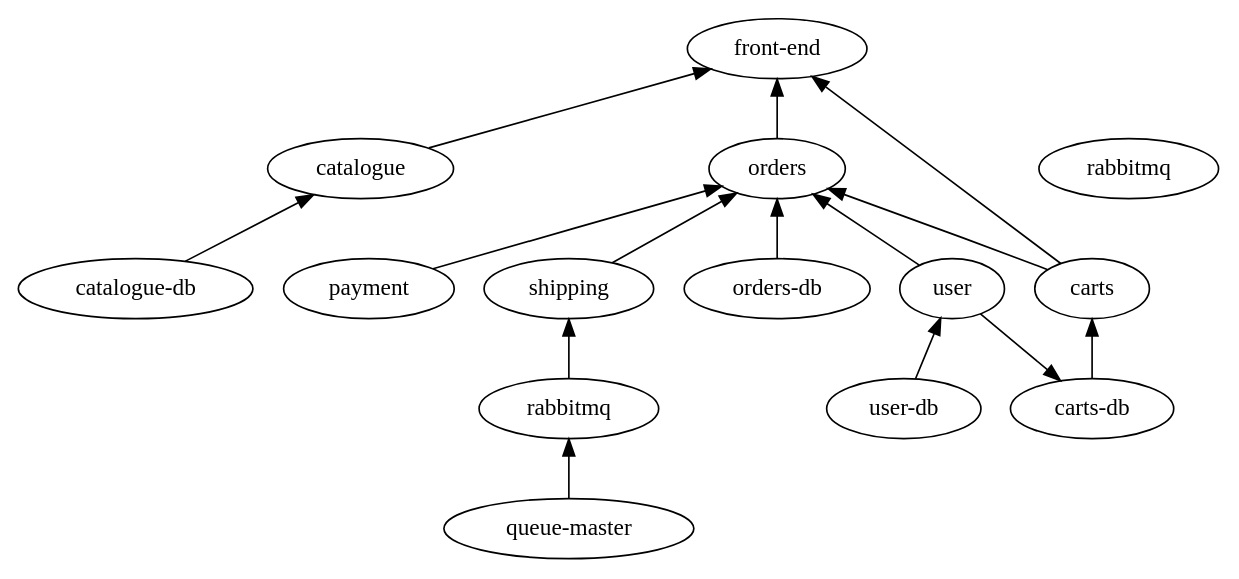
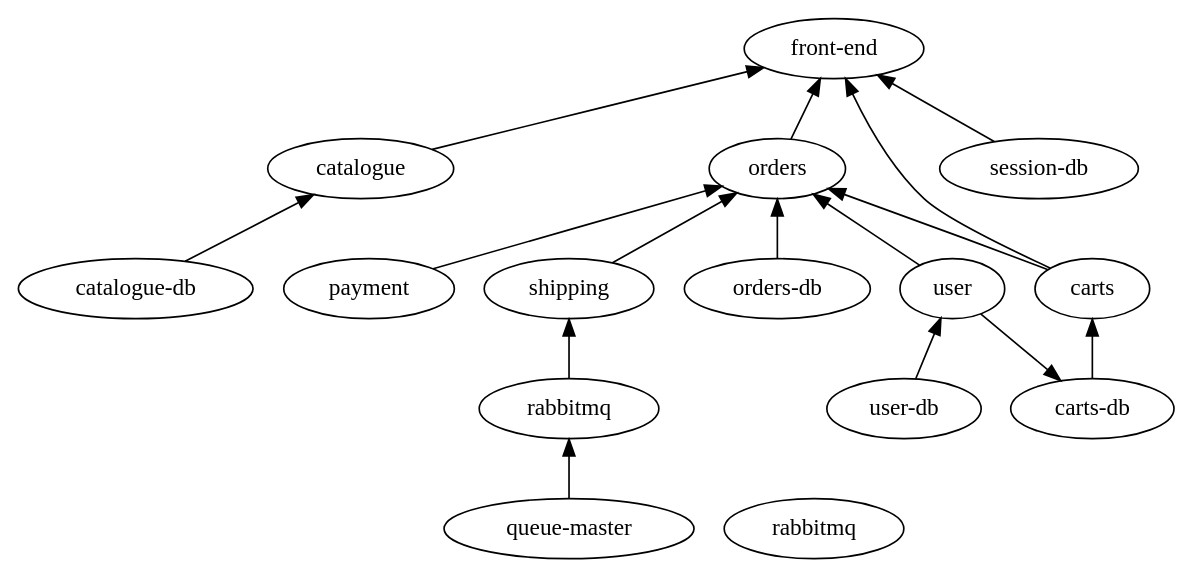
One commit to microservices-demo/microservices-demo changed the diagram in dot/sockshop.dot. Above: the diagram before and after it, drawn with Graphviz. The commit also changed 1 other file, not shown here.

Commit message:
[dot] Add dependencies for session-db

```diff
--- a/dot/sockshop.dot
+++ b/dot/sockshop.dot
@@ -1,35 +1,37 @@
 digraph sockshop {
      graph [
           layout = dot;
      ];
      edge [
           dir = back;
      ];
 
      front [label="front-end"];
      cata [label="catalogue"];
      catadb [label="catalogue-db"];
      orders [label="orders"];
      ordersdb [label="orders-db"];
      user [label="user"];
      userdb [label="user-db"];
      pay [label="payment"];
      ship [label="shipping"];
      qm [label="queue-master"];
      rabbit [label="rabbitmq"];
      carts [label="carts"];
      cartsdb [label="carts-db"];
+     sessiondb  [label="session-db"];
 
      front -> orders -> ordersdb;
      front -> carts -> cartsdb:
      front -> user -> userdb;
      front -> cata -> catadb;
+     front -> sessiondb;
      orders -> carts;
      orders -> user;
      orders -> pay;
      orders -> ship -> rabbitmq -> qm;
 
      {rank = min; front;}
      {rank = same; orders; cata;}
      {rank = same; carts; user; pay; ship;}
 }
```
